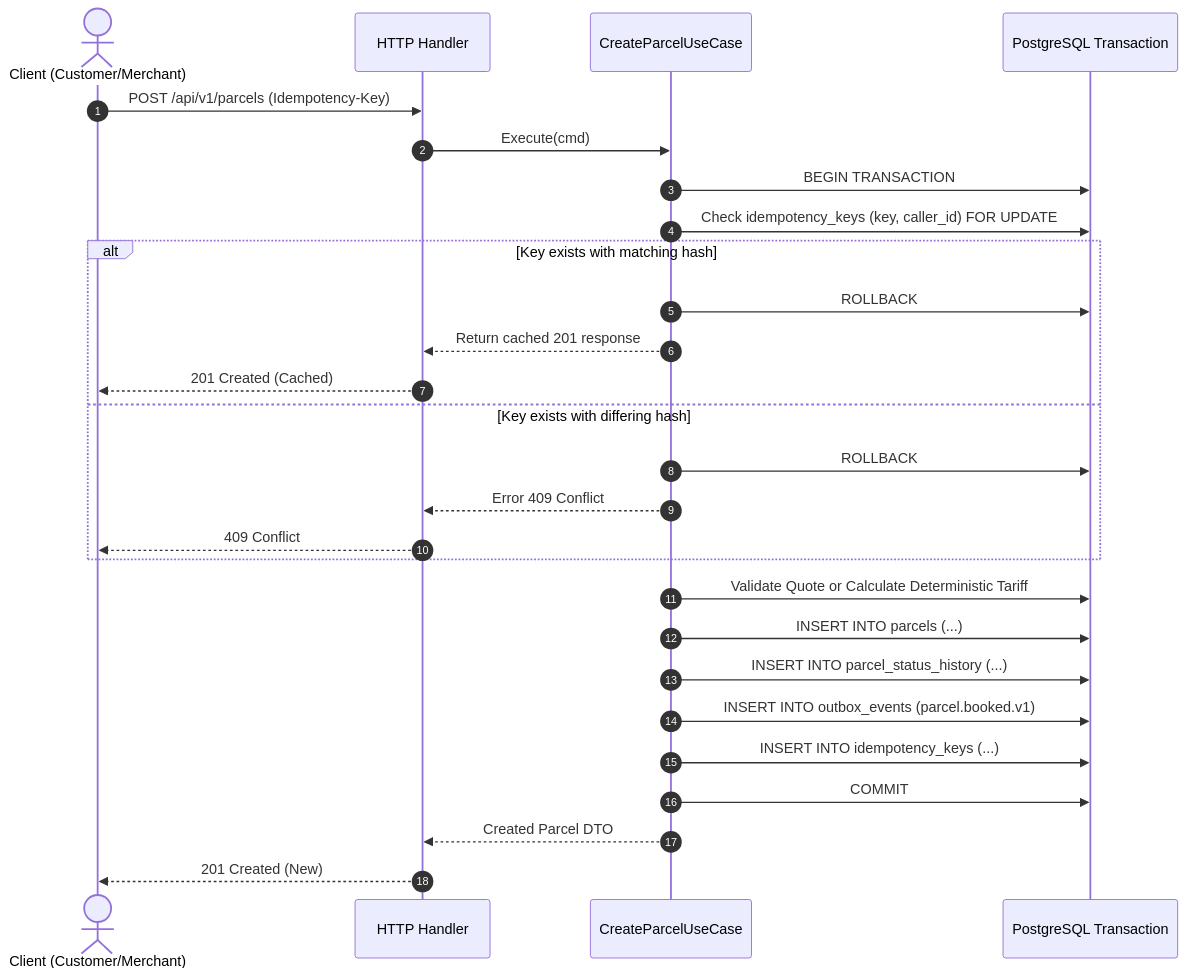
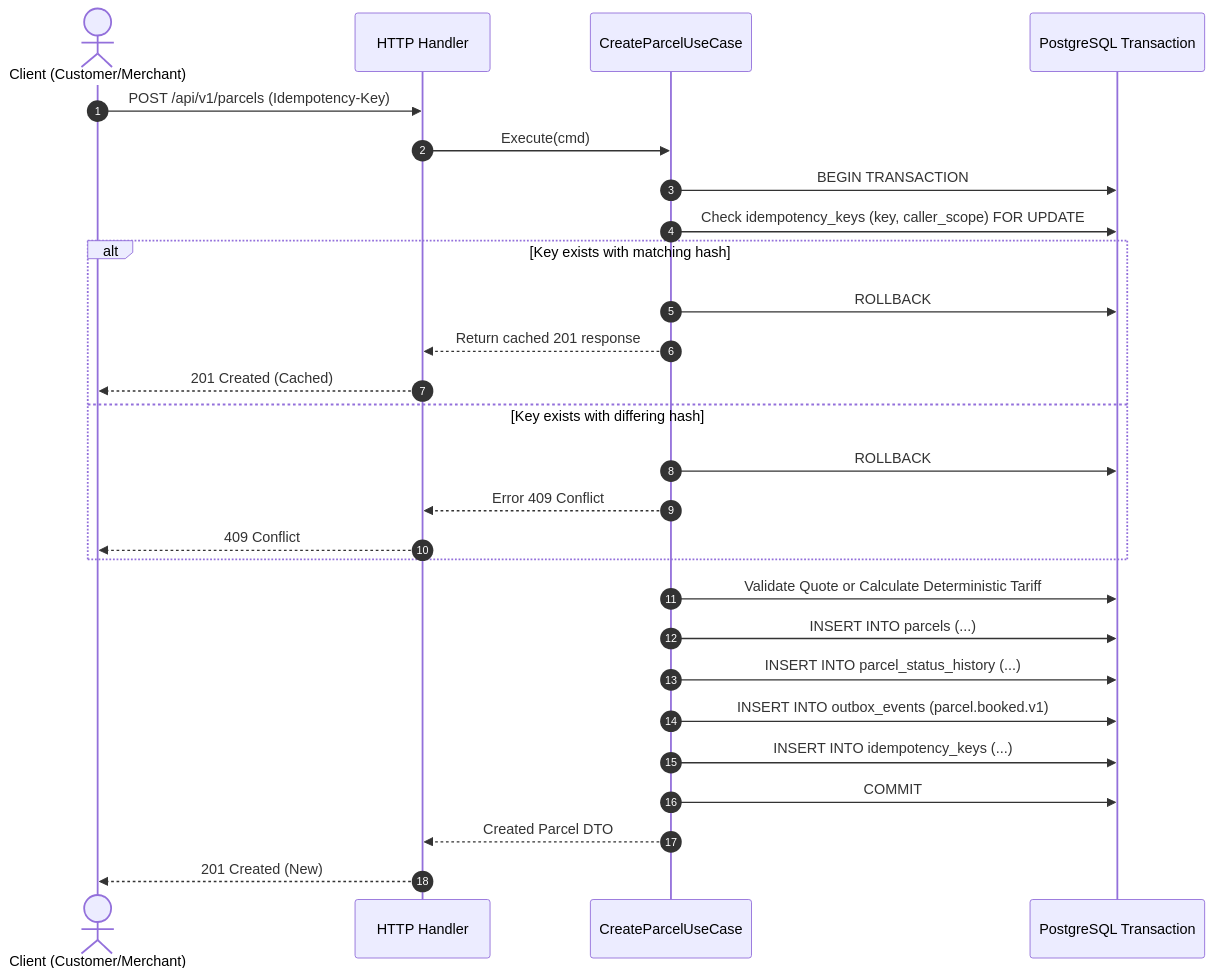
The diagram in docs/drafts/member-02-parcels-pricing/doc-05-data-and-persistence.md (phantomTroupeEAD/SwiftDrop), drawn with Mermaid before and after one commit. The commit also changed other lines of this file and 11 other files, not shown here.

Commit message:
docs(member-02): reconcile parcel state machine, cancellation flow, idempotency scoping, and pricing proposals with SRS and audit findings

````diff
--- a/docs/drafts/member-02-parcels-pricing/doc-05-data-and-persistence.md
+++ b/docs/drafts/member-02-parcels-pricing/doc-05-data-and-persistence.md
@@ -308,30 +359,30 @@
 ```mermaid
 sequenceDiagram
     autonumber
     actor Caller as Client (Customer/Merchant)
     participant H as HTTP Handler
     participant U as CreateParcelUseCase
     participant DB as PostgreSQL Transaction
 
     Caller->>H: POST /api/v1/parcels (Idempotency-Key)
     H->>U: Execute(cmd)
     U->>DB: BEGIN TRANSACTION
-    U->>DB: Check idempotency_keys (key, caller_id) FOR UPDATE
+    U->>DB: Check idempotency_keys (key, caller_scope) FOR UPDATE
     alt Key exists with matching hash
         U->>DB: ROLLBACK
         U-->>H: Return cached 201 response
         H-->>Caller: 201 Created (Cached)
     else Key exists with differing hash
         U->>DB: ROLLBACK
         U-->>H: Error 409 Conflict
         H-->>Caller: 409 Conflict
     end
     U->>DB: Validate Quote or Calculate Deterministic Tariff
     U->>DB: INSERT INTO parcels (...)
     U->>DB: INSERT INTO parcel_status_history (...)
     U->>DB: INSERT INTO outbox_events (parcel.booked.v1)
     U->>DB: INSERT INTO idempotency_keys (...)
     U->>DB: COMMIT
     U-->>H: Created Parcel DTO
     H-->>Caller: 201 Created (New)
 ```
````
